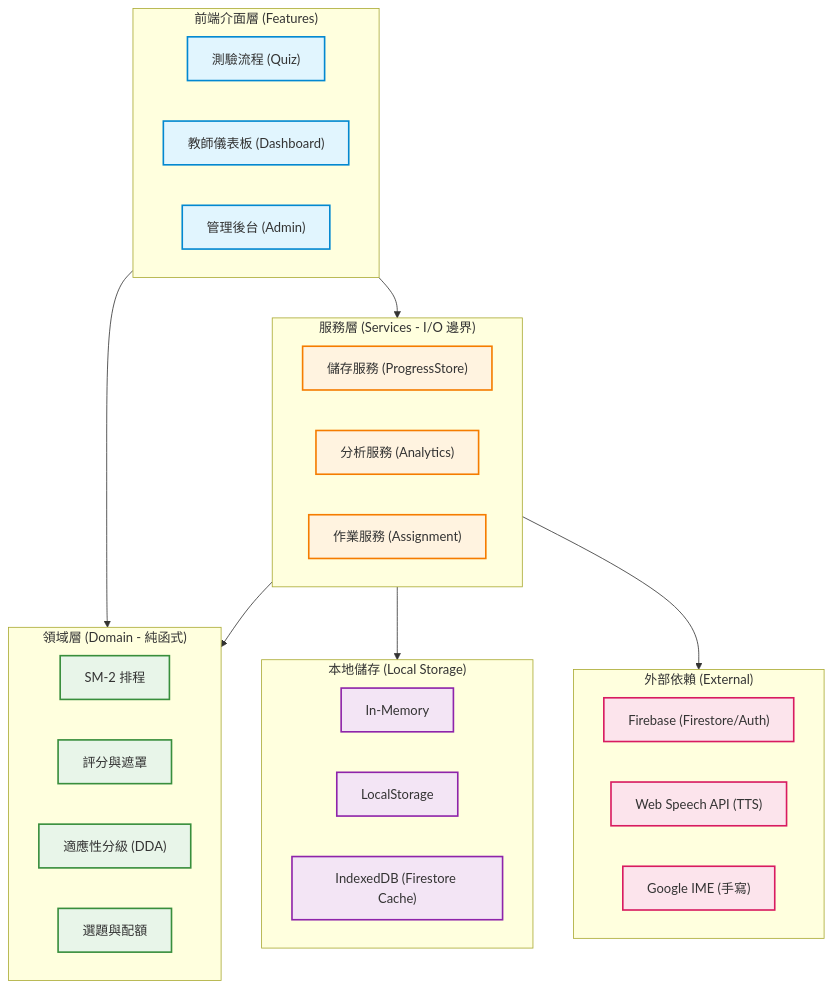
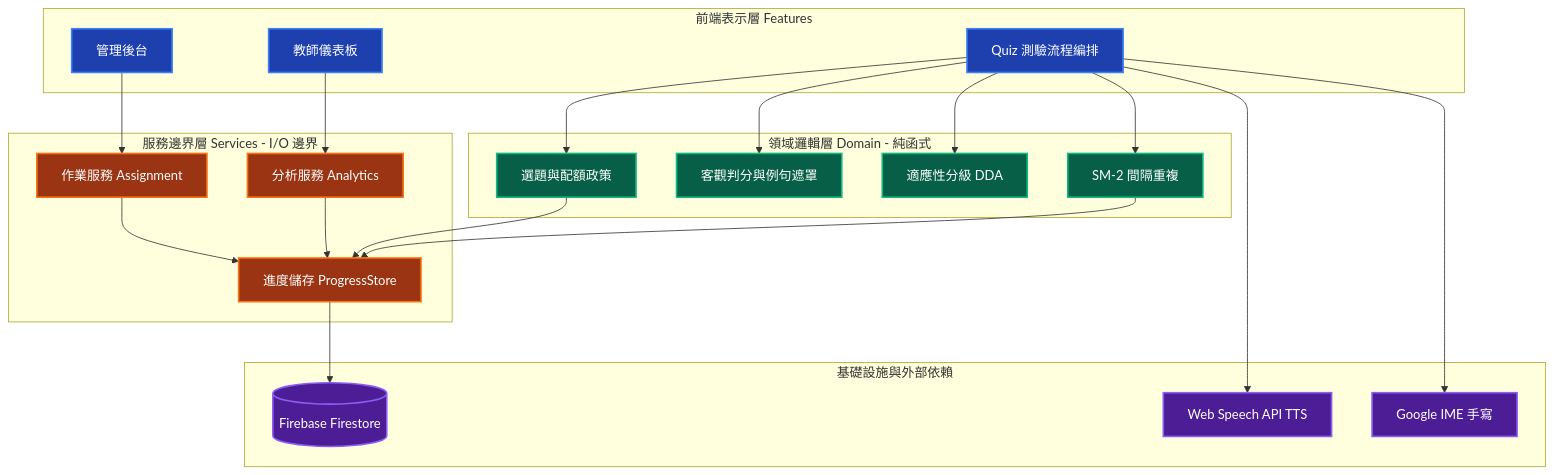
The diagram in README.md (ylin3-learner/vocab-handwriting-trainer), drawn with Mermaid before and after one commit. The commit also changed 1 other file, not shown here.

Commit message:
fix mermaid block

````diff
--- a/README.md
+++ b/README.md
@@ -72,54 +72,51 @@
 ``` mermaid
 graph TD
-    %% 樣式定義
-    classDef features fill:#e1f5fe,stroke:#0288d1,stroke-width:2px;
-    classDef domain fill:#e8f5e9,stroke:#388e3c,stroke-width:2px;
-    classDef services fill:#fff3e0,stroke:#f57c00,stroke-width:2px;
-    classDef storage fill:#f3e5f5,stroke:#8e24aa,stroke-width:2px;
-    classDef external fill:#fce4ec,stroke:#d81b60,stroke-width:2px;
+    %% 定義高對比度樣式（深色背景 + 白色文字），確保在淺色/深色主題下皆清晰可讀
+    classDef ui fill:#1e40af,stroke:#3b82f6,stroke-width:2px,color:#ffffff;
+    classDef domain fill:#065f46,stroke:#10b981,stroke-width:2px,color:#ffffff;
+    classDef service fill:#9a3412,stroke:#f97316,stroke-width:2px,color:#ffffff;
+    classDef infra fill:#4c1d95,stroke:#8b5cf6,stroke-width:2px,color:#ffffff;
 
-    subgraph Features["前端介面層 (Features)"]
-        UI1["測驗流程 (Quiz)"]
-        UI2["教師儀表板 (Dashboard)"]
-        UI3["管理後台 (Admin)"]
+    subgraph Features [前端表示層 Features]
+        UI_Quiz[Quiz 測驗流程編排]:::ui
+        UI_Dash[教師儀表板]:::ui
+        UI_Admin[管理後台]:::ui
     end
 
-    subgraph Domain["領域層 (Domain - 純函式)"]
-        D1["SM-2 排程"]
-        D2["評分與遮罩"]
-        D3["適應性分級 (DDA)"]
-        D4["選題與配額"]
+    subgraph Domain [領域邏輯層 Domain - 純函式]
+        D_SM2[SM-2 間隔重複]:::domain
+        D_Grade[客觀判分與例句遮罩]:::domain
+        D_DDA[適應性分級 DDA]:::domain
+        D_Select[選題與配額政策]:::domain
     end
 
-    subgraph Services["服務層 (Services - I/O 邊界)"]
-        S1["儲存服務 (ProgressStore)"]
-        S2["分析服務 (Analytics)"]
-        S3["作業服務 (Assignment)"]
+    subgraph Services [服務邊界層 Services - I/O 邊界]
+        S_Store[進度儲存 ProgressStore]:::service
+        S_Analytics[分析服務 Analytics]:::service
+        S_Assign[作業服務 Assignment]:::service
     end
 
-    subgraph Storage["本地儲存 (Local Storage)"]
-        L1["In-Memory"]
-        L2["LocalStorage"]
-        L3["IndexedDB (Firestore Cache)"]
+    subgraph Infrastructure [基礎設施與外部依賴]
+        I_Firebase[(Firebase Firestore)]:::infra
+        I_TTS[Web Speech API TTS]:::infra
+        I_IME[Google IME 手寫]:::infra
     end
 
-    subgraph External["外部依賴 (External)"]
-        E1["Firebase (Firestore/Auth)"]
-        E2["Web Speech API (TTS)"]
-        E3["Google IME (手寫)"]
-    end
+    %% 依賴關係：由上而下單向依賴
+    UI_Quiz --> D_SM2
+    UI_Quiz --> D_Grade
+    UI_Quiz --> D_DDA
+    UI_Quiz --> D_Select
 
-    %% 依賴關係
-    Features --> Domain
-    Features --> Services
-    Services --> Domain
-    Services --> Storage
-    Services --> External
+    UI_Dash --> S_Analytics
+    UI_Admin --> S_Assign
 
-    %% 樣式應用
-    class UI1,UI2,UI3 features;
-    class D1,D2,D3,D4 domain;
-    class S1,S2,S3 services;
-    class L1,L2,L3 storage;
-    class E1,E2,E3 external;
+    D_SM2 --> S_Store
+    D_Select --> S_Store
+    S_Analytics --> S_Store
+    S_Assign --> S_Store
+
+    S_Store --> I_Firebase
+    UI_Quiz --> I_TTS
+    UI_Quiz --> I_IME
 ```
````
